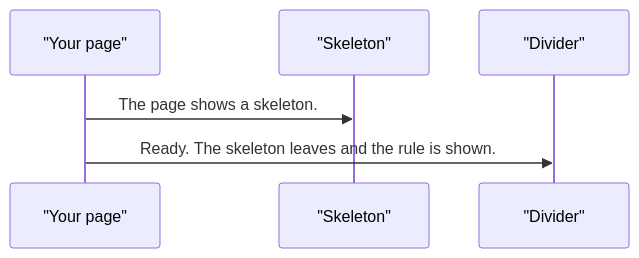
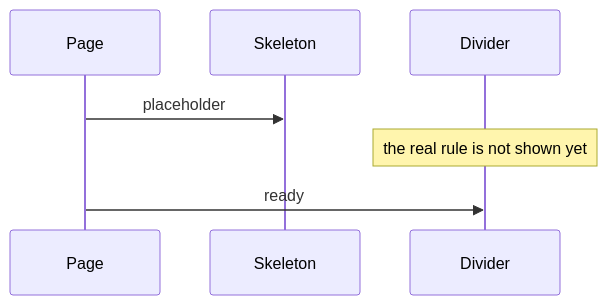
Before and after one commit to RajshekharBorate/pixel-ui: the fourth of 4 diagrams in projects/pixel-ui/src/lib/pixel-divider/DESIGN.md, drawn with Mermaid. The commit also changed other lines of this file and 73 other files, not shown here.

Commit message:
Explain who owns each value and what each flow does in every component and service design.

````diff
--- a/projects/pixel-ui/src/lib/pixel-divider/DESIGN.md
+++ b/projects/pixel-ui/src/lib/pixel-divider/DESIGN.md
@@ -71,8 +95,9 @@
 ```mermaid
 sequenceDiagram
-  participant page as "Your page"
-  participant skeleton as "Skeleton"
-  participant line as "Divider"
-  page->>skeleton: The page shows a skeleton.
-  page->>line: Ready. The skeleton leaves and the rule is shown.
+  participant Page
+  participant Skeleton
+  participant Line as Divider
+  Page->>Skeleton: placeholder
+  Note over Line: the real rule is not shown yet
+  Page->>Line: ready
 ```
````
